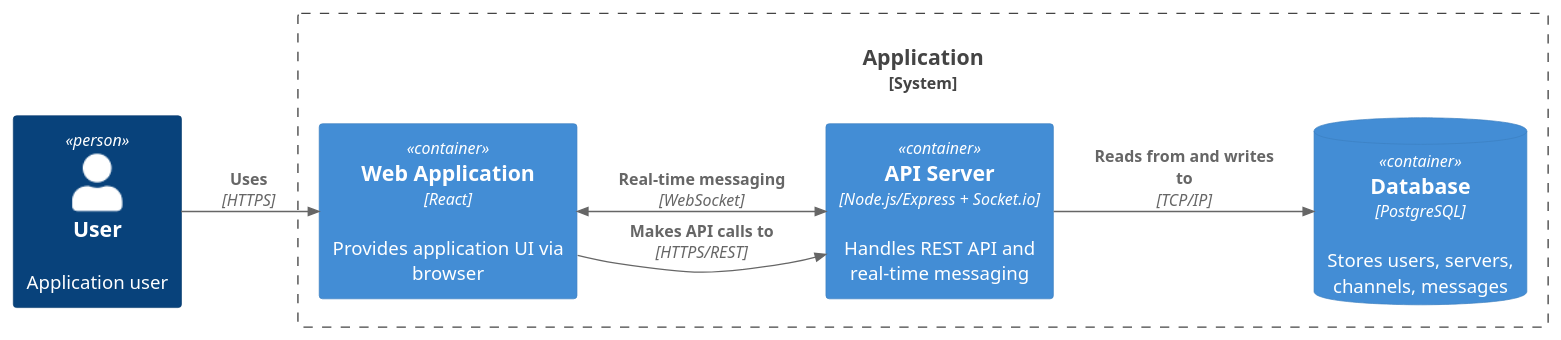
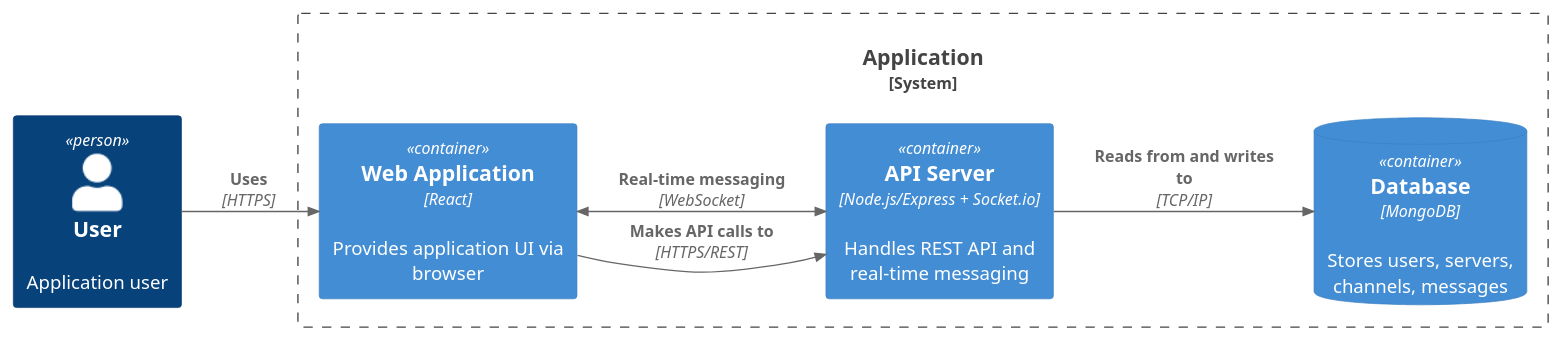
The diagram in docs/c4.puml (lucaseneiva/bubingachat), drawn with PlantUML before and after one commit.

Commit message:
edit: change database

```diff
--- a/docs/c4.puml
+++ b/docs/c4.puml
@@ -1,19 +1,19 @@
 @startuml c4
 !include https://raw.githubusercontent.com/plantuml-stdlib/C4-PlantUML/master/C4_Container.puml
 
 left to right direction
 
 Person(user, "User", "Application user")
 
 System_Boundary(application, "Application") {
     Container(web_app, "Web Application", "React", "Provides application UI via browser")
     Container(api, "API Server", "Node.js/Express + Socket.io", "Handles REST API and real-time messaging")
-    ContainerDb(db, "Database", "PostgreSQL", "Stores users, servers, channels, messages")
+    ContainerDb(db, "Database", "MongoDB", "Stores users, servers, channels, messages")
 }
 
 Rel(user, web_app, "Uses", "HTTPS")
 Rel(web_app, api, "Makes API calls to", "HTTPS/REST")
 BiRel(web_app, api, "Real-time messaging", "WebSocket")
 Rel(api, db, "Reads from and writes to", "TCP/IP")
 
 @enduml
```
